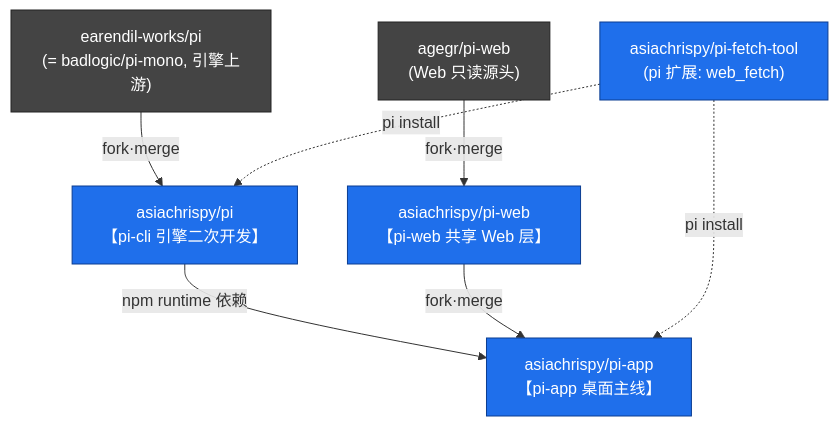
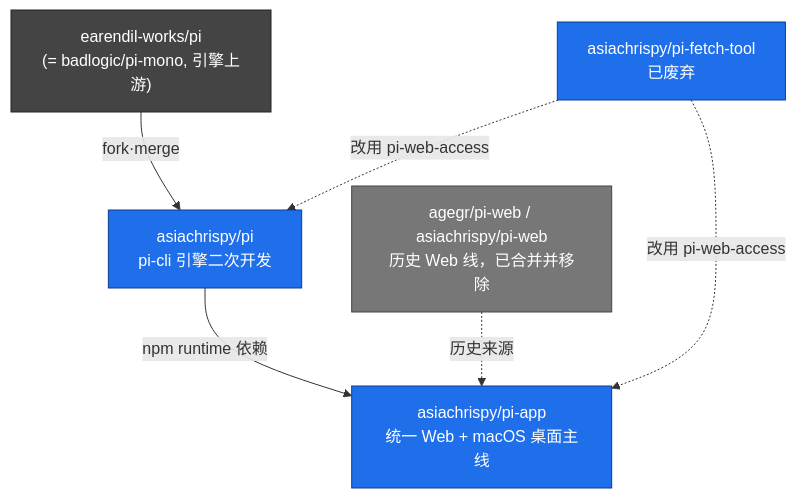
One commit to asiachrispy/pi-agent changed the diagram in README.md. Above: the diagram before and after it, drawn with Mermaid. The commit also changed other lines of this file and 6 other files, not shown here.

````diff
--- a/README.md
+++ b/README.md
@@ -31,14 +35,15 @@
 ```mermaid
 graph TD
-    UP1["earendil-works/pi<br/>(= badlogic/pi-mono, 引擎上游)"] -->|fork·merge| PI["asiachrispy/pi<br/>【pi-cli 引擎二次开发】"]
-    PI -->|npm runtime 依赖| APP
-    UP2["agegr/pi-web<br/>(Web 只读源头)"] -->|fork·merge| WEB["asiachrispy/pi-web<br/>【pi-web 共享 Web 层】"]
-    WEB -->|fork·merge| APP["asiachrispy/pi-app<br/>【pi-app 桌面主线】"]
-    EXT["asiachrispy/pi-fetch-tool<br/>(pi 扩展: web_fetch)"] -.->|pi install| PI
-    EXT -.->|pi install| APP
+    UP1["earendil-works/pi<br/>(= badlogic/pi-mono, 引擎上游)"] -->|fork·merge| PI["asiachrispy/pi<br/>pi-cli 引擎二次开发"]
+    PI -->|npm runtime 依赖| APP["asiachrispy/pi-app<br/>统一 Web + macOS 桌面主线"]
+    OLD["agegr/pi-web / asiachrispy/pi-web<br/>历史 Web 线，已合并并移除"] -.历史来源.-> APP
+    EXT["asiachrispy/pi-fetch-tool<br/>已废弃"] -.改用 pi-web-access.-> PI
+    EXT -.改用 pi-web-access.-> APP
 
     classDef ours fill:#1f6feb,stroke:#0b3d91,color:#fff;
     classDef up fill:#444,stroke:#222,color:#fff;
-    class PI,WEB,APP,EXT ours;
-    class UP1,UP2 up;
+    classDef old fill:#777,stroke:#444,color:#fff;
+    class PI,APP,EXT ours;
+    class UP1 up;
+    class OLD old;
 ```
````
